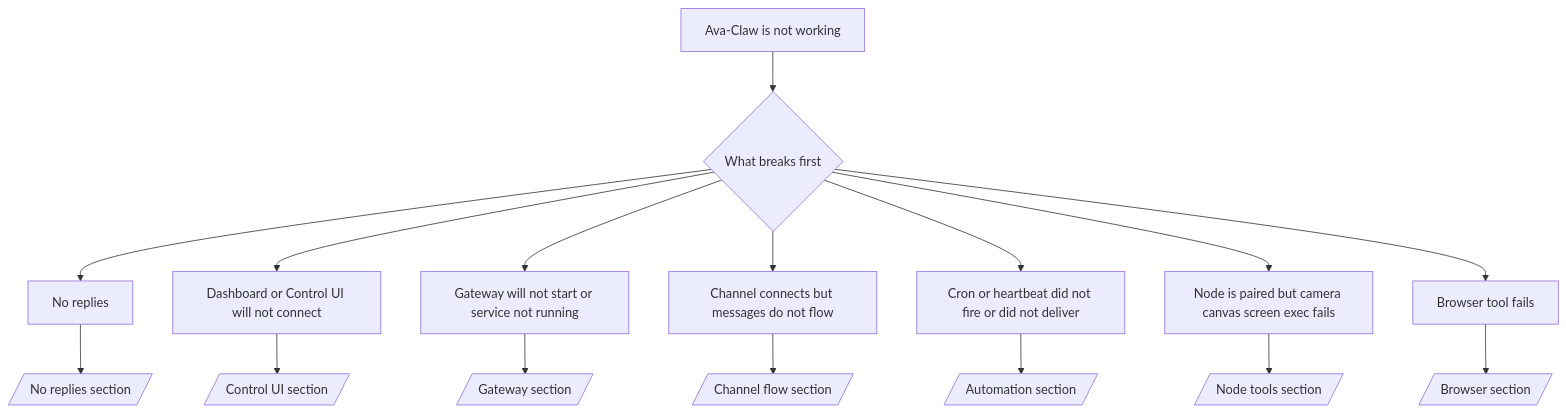
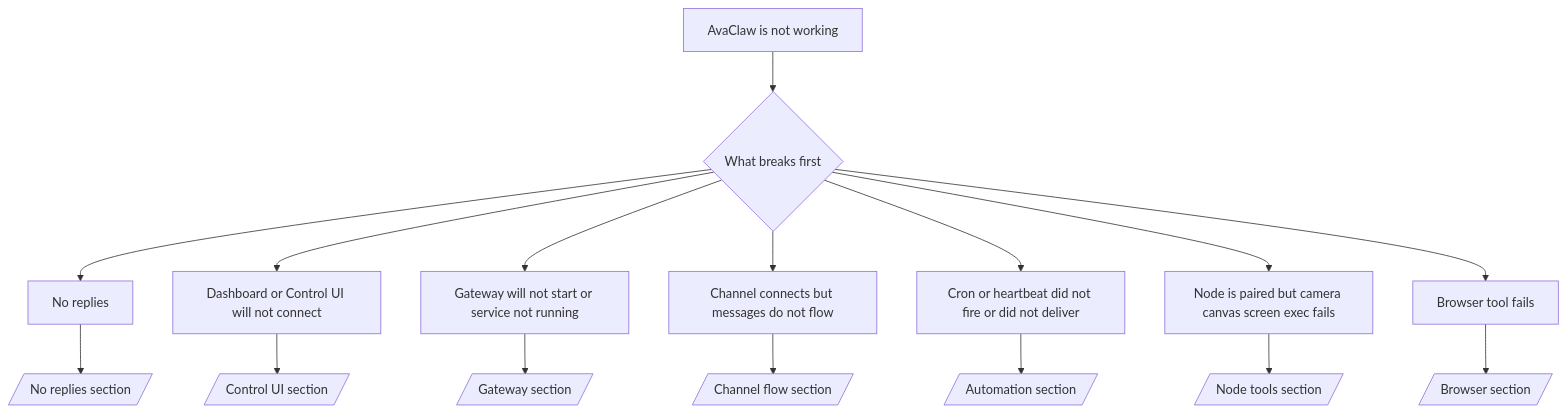
The diagram in docs/help/troubleshooting.md (avadisabelle/ava-claw), drawn with Mermaid before and after one commit. The commit also changed other lines of this file and 675 other files, not shown here.

First line of the commit message:
Rebrand: binary and internals from ava-claw to avaclaw

````diff
--- a/docs/help/troubleshooting.md
+++ b/docs/help/troubleshooting.md
@@ -70,19 +70,19 @@
 ```mermaid
 flowchart TD
-  A[Ava-Claw is not working] --> B{What breaks first}
+  A[AvaClaw is not working] --> B{What breaks first}
   B --> C[No replies]
   B --> D[Dashboard or Control UI will not connect]
   B --> E[Gateway will not start or service not running]
   B --> F[Channel connects but messages do not flow]
   B --> G[Cron or heartbeat did not fire or did not deliver]
   B --> H[Node is paired but camera canvas screen exec fails]
   B --> I[Browser tool fails]
 
   C --> C1[/No replies section/]
   D --> D1[/Control UI section/]
   E --> E1[/Gateway section/]
   F --> F1[/Channel flow section/]
   G --> G1[/Automation section/]
   H --> H1[/Node tools section/]
   I --> I1[/Browser section/]
 ```
````
